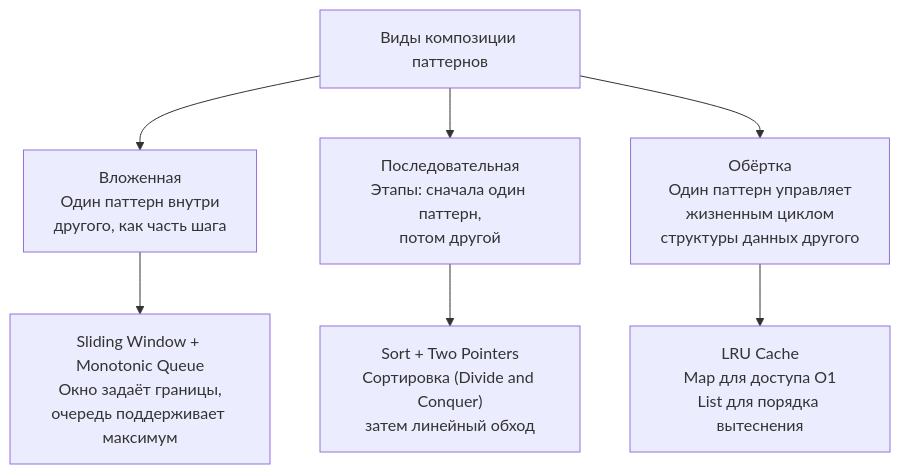
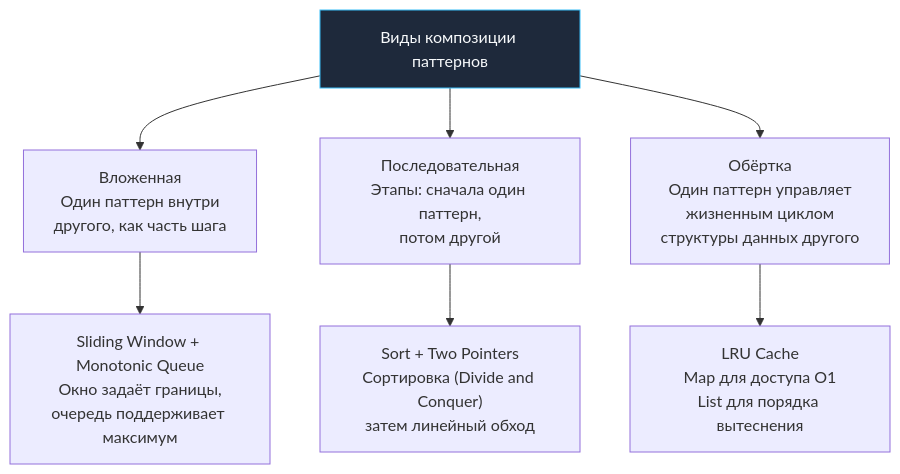
Before and after one commit to UnrealTemplier/go-textbook: the diagram in sources/21. Задачи с LeetCode и собеседований на Go/01. Теория/12. Как комбинировать алгоритмические паттерны.md, drawn with Mermaid. The commit also changed 1666 other files, not shown here.

First line of the commit message:
feat(mermaid): add semantic color classDef to 1369 colorless flowchart/graph diagrams

````diff
--- a/sources/21. Задачи с LeetCode и собеседований на Go/01. Теория/12. Как комбинировать алгоритмические паттерны.md
+++ b/sources/21. Задачи с LeetCode и собеседований на Go/01. Теория/12. Как комбинировать алгоритмические паттерны.md
@@ -20,10 +20,20 @@
 ```mermaid
 flowchart TD
-    Composition["Виды композиции паттернов"] --> Inline["Вложенная<br>Один паттерн внутри<br>другого, как часть шага"]
+    classDef process  fill:#1e293b,stroke:#38bdf8,stroke-width:1px,color:#f8fafc
+    classDef success  fill:#064e3b,stroke:#34d399,stroke-width:1px,color:#f8fafc
+    classDef error    fill:#7f1d1d,stroke:#f87171,stroke-width:1px,color:#f8fafc
+    classDef warning  fill:#78350f,stroke:#fbbf24,stroke-width:1px,color:#f8fafc
+    classDef entry    fill:#1e3a5f,stroke:#38bdf8,stroke-width:2px,color:#f8fafc
+    classDef aux      fill:#334155,stroke:#64748b,stroke-width:1px,color:#f8fafc
+    classDef system   fill:#312e81,stroke:#a78bfa,stroke-width:1px,color:#f8fafc
+    classDef data     fill:#132d29,stroke:#2dd4bf,stroke-width:1px,color:#f8fafc
+    classDef network  fill:#881337,stroke:#fb7185,stroke-width:1px,color:#f8fafc
+    classDef accent   fill:#1e1b4b,stroke:#818cf8,stroke-width:1px,color:#f8fafc
+    Composition["Виды композиции паттернов"]:::process --> Inline["Вложенная<br>Один паттерн внутри<br>другого, как часть шага"]
     Composition --> Sequential["Последовательная<br>Этапы: сначала один паттерн,<br>потом другой"]
     Composition --> Wrapper["Обёртка<br>Один паттерн управляет<br>жизненным циклом<br>структуры данных другого"]
 
     Inline --> Example1["Sliding Window + Monotonic Queue<br>Окно задаёт границы,<br>очередь поддерживает максимум"]
     Sequential --> Example2["Sort + Two Pointers<br>Сортировка (Divide and Conquer)<br>затем линейный обход"]
     Wrapper --> Example3["LRU Cache<br>Map для доступа O1<br>List для порядка вытеснения"]
 ```
````
